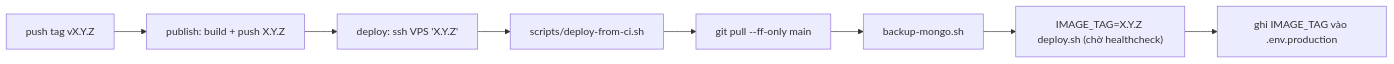
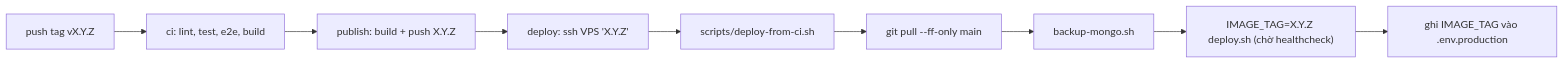
One commit to QuocDuy21-10/it-job-portal-be changed the second of 2 diagrams in docs/09-infrastructure/ci-cd.md. Above: the diagram before and after it, drawn with Mermaid. The commit also changed other lines of this file and 13 other files, not shown here.

````diff
--- a/docs/09-infrastructure/ci-cd.md
+++ b/docs/09-infrastructure/ci-cd.md
@@ -55,5 +55,5 @@
 ```mermaid
 flowchart LR
-    T["push tag vX.Y.Z"] --> P["publish: build + push X.Y.Z"] --> D["deploy: ssh VPS 'X.Y.Z'"]
+    T["push tag vX.Y.Z"] --> CI["ci: lint, test, e2e, build"] --> P["publish: build + push X.Y.Z"] --> D["deploy: ssh VPS 'X.Y.Z'"]
     D --> S["scripts/deploy-from-ci.sh"] --> S1["git pull --ff-only main"] --> S2["backup-mongo.sh"] --> S3["IMAGE_TAG=X.Y.Z deploy.sh (chờ healthcheck)"] --> S4["ghi IMAGE_TAG vào .env.production"]
 ```
````
